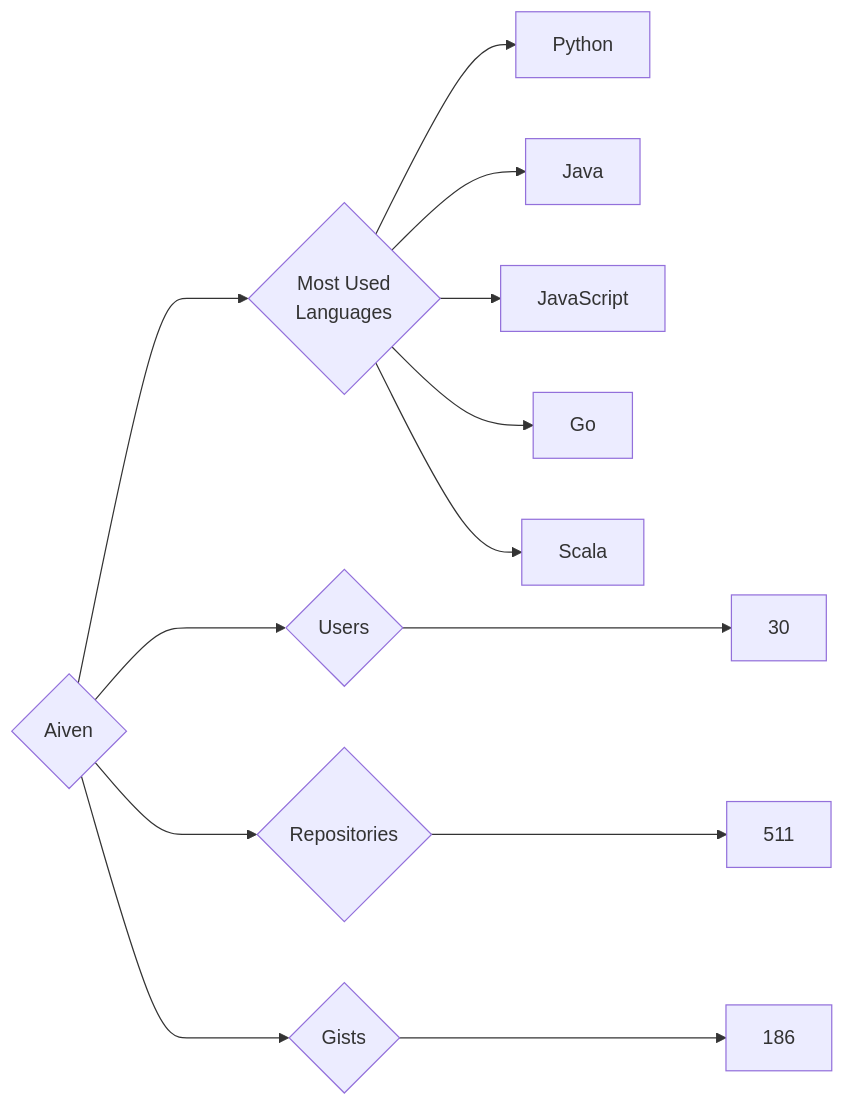
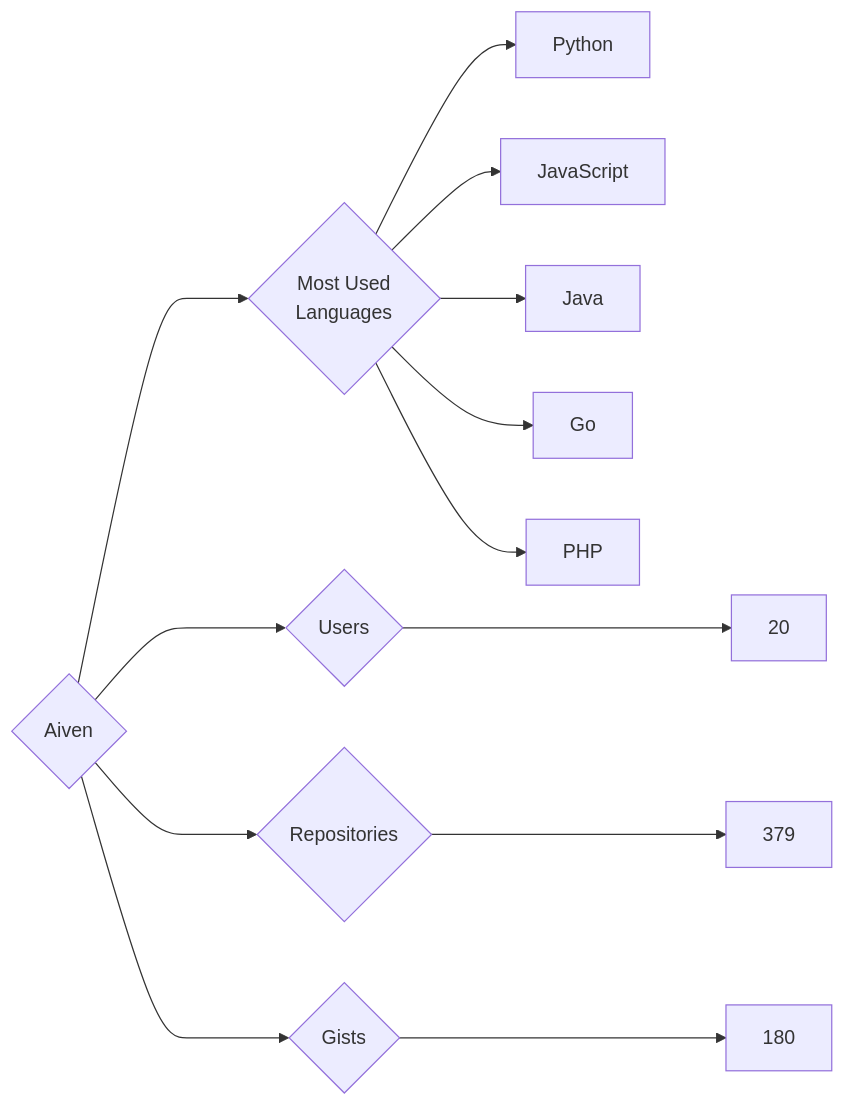
One commit to trickest/insiders changed the diagram in targets/Aiven/README.md. Above: the diagram before and after it, drawn with Mermaid. The commit also changed 679 other files, not shown here.

````diff
--- a/targets/Aiven/README.md
+++ b/targets/Aiven/README.md
@@ -3,13 +3,13 @@
 ```mermaid
 graph LR
 COMPANY_NAME{Aiven}
-COMPANY_NAME ---> U{Users} ---> UN[30]
-COMPANY_NAME ---> R{Repositories} ---> RN[511]
-COMPANY_NAME ---> G{Gists} ---> GN[186]
+COMPANY_NAME ---> U{Users} ---> UN[20]
+COMPANY_NAME ---> R{Repositories} ---> RN[379]
+COMPANY_NAME ---> G{Gists} ---> GN[180]
 COMPANY_NAME ---> ML{Most Used<br>Languages}
 ML --> Python[Python]
+ML --> JavaScript[JavaScript]
 ML --> Java[Java]
-ML --> JavaScript[JavaScript]
 ML --> Go[Go]
-ML --> Scala[Scala]
+ML --> PHP[PHP]
 ```
````
